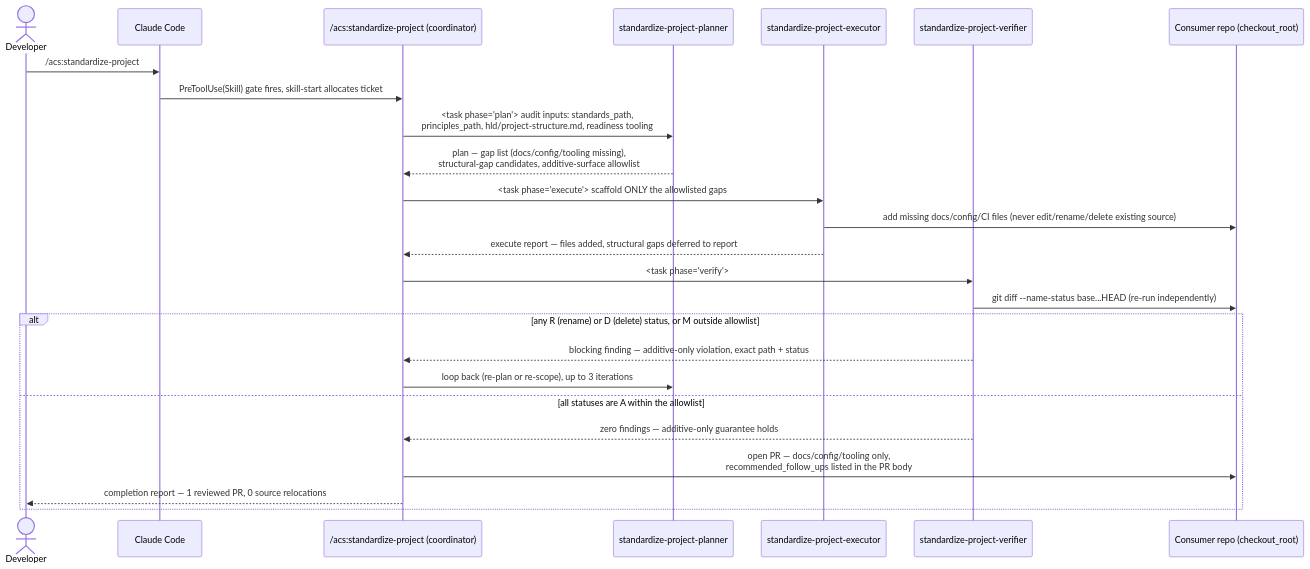
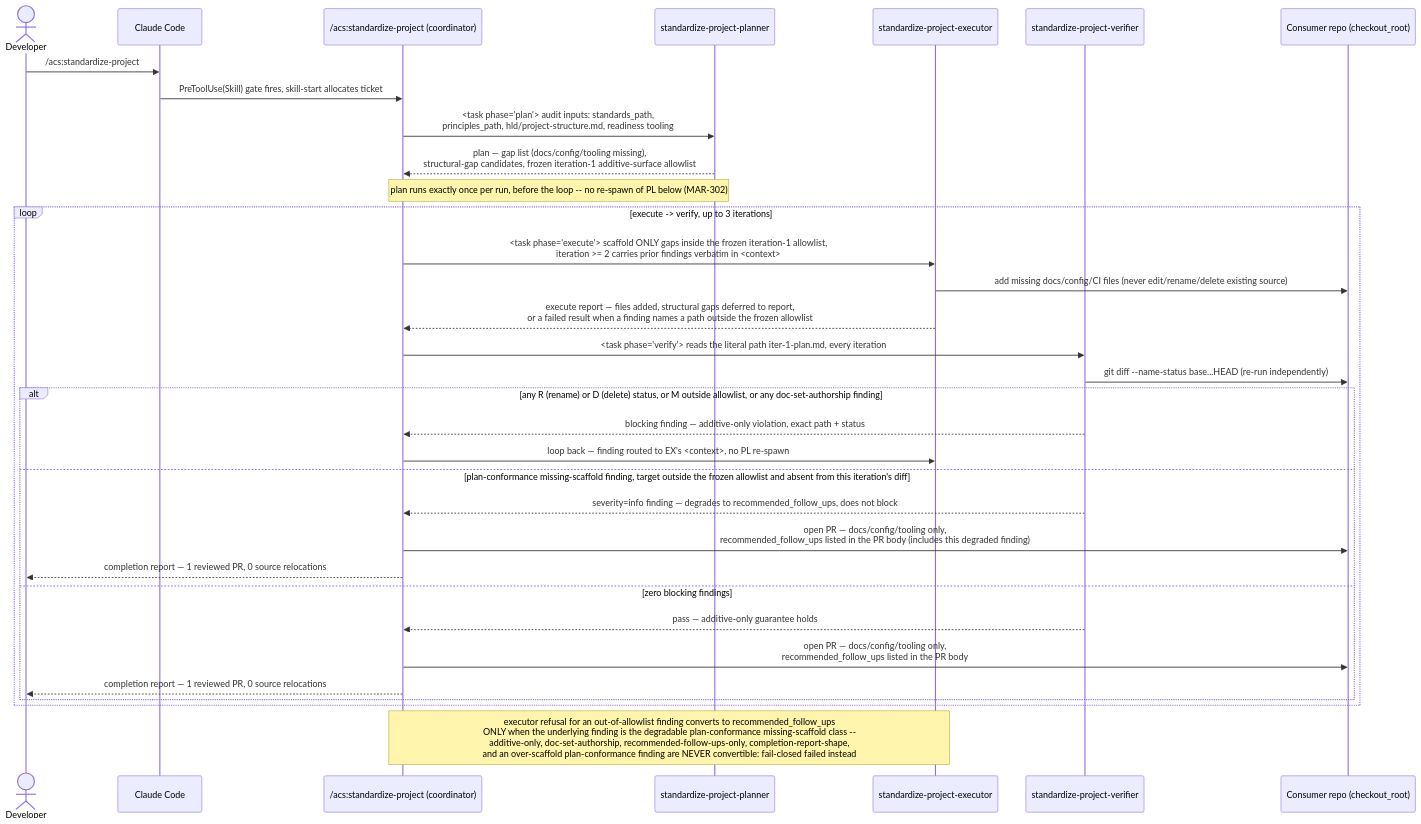
Before and after one commit to globalmindsolution/gms-marketplace: the diagram in docs/architecture/lld/flows/standardize-project.md, drawn with Mermaid. The commit also changed 16 other files, not shown here.

````diff
--- a/docs/architecture/lld/flows/standardize-project.md
+++ b/docs/architecture/lld/flows/standardize-project.md
@@ -7,28 +7,38 @@
 ```mermaid
 sequenceDiagram
     actor Dev as Developer
     participant CC as Claude Code
     participant SP as /acs:standardize-project (coordinator)
     participant PL as standardize-project-planner
     participant EX as standardize-project-executor
     participant VF as standardize-project-verifier
     participant Repo as Consumer repo (checkout_root)
 
     Dev->>CC: /acs:standardize-project
     CC->>SP: PreToolUse(Skill) gate fires, skill-start allocates ticket
     SP->>PL: <task phase="plan"> audit inputs: standards_path,<br/>principles_path, hld/project-structure.md, readiness tooling
-    PL-->>SP: plan — gap list (docs/config/tooling missing),<br/>structural-gap candidates, additive-surface allowlist
-    SP->>EX: <task phase="execute"> scaffold ONLY the allowlisted gaps
-    EX->>Repo: add missing docs/config/CI files (never edit/rename/delete existing source)
-    EX-->>SP: execute report — files added, structural gaps deferred to report
-    SP->>VF: <task phase="verify">
-    VF->>Repo: git diff --name-status base...HEAD (re-run independently)
-    alt any R (rename) or D (delete) status, or M outside allowlist
-        VF-->>SP: blocking finding — additive-only violation, exact path + status
-        SP->>PL: loop back (re-plan or re-scope), up to 3 iterations
-    else all statuses are A within the allowlist
-        VF-->>SP: zero findings — additive-only guarantee holds
-        SP->>Repo: open PR — docs/config/tooling only,<br/>recommended_follow_ups listed in the PR body
-        SP-->>Dev: completion report — 1 reviewed PR, 0 source relocations
+    PL-->>SP: plan — gap list (docs/config/tooling missing),<br/>structural-gap candidates, frozen iteration-1 additive-surface allowlist
+    Note over SP,PL: plan runs exactly once per run, before the loop -- no re-spawn of PL below (MAR-302)
+
+    loop execute -> verify, up to 3 iterations
+        SP->>EX: <task phase="execute"> scaffold ONLY gaps inside the frozen iteration-1 allowlist,<br/>iteration >= 2 carries prior findings verbatim in <context>
+        EX->>Repo: add missing docs/config/CI files (never edit/rename/delete existing source)
+        EX-->>SP: execute report — files added, structural gaps deferred to report,<br/>or a failed result when a finding names a path outside the frozen allowlist
+        SP->>VF: <task phase="verify"> reads the literal path iter-1-plan.md, every iteration
+        VF->>Repo: git diff --name-status base...HEAD (re-run independently)
+        alt any R (rename) or D (delete) status, or M outside allowlist, or any doc-set-authorship finding
+            VF-->>SP: blocking finding — additive-only violation, exact path + status
+            SP->>EX: loop back — finding routed to EX's <context>, no PL re-spawn
+        else plan-conformance missing-scaffold finding, target outside the frozen allowlist and absent from this iteration's diff
+            VF-->>SP: severity=info finding — degrades to recommended_follow_ups, does not block
+            SP->>Repo: open PR — docs/config/tooling only,<br/>recommended_follow_ups listed in the PR body (includes this degraded finding)
+            SP-->>Dev: completion report — 1 reviewed PR, 0 source relocations
+        else zero blocking findings
+            VF-->>SP: pass — additive-only guarantee holds
+            SP->>Repo: open PR — docs/config/tooling only,<br/>recommended_follow_ups listed in the PR body
+            SP-->>Dev: completion report — 1 reviewed PR, 0 source relocations
+        end
     end
+
+    Note over SP,EX: executor refusal for an out-of-allowlist finding converts to recommended_follow_ups<br/>ONLY when the underlying finding is the degradable plan-conformance missing-scaffold class --<br/>additive-only, doc-set-authorship, recommended-follow-ups-only, completion-report-shape,<br/>and an over-scaffold plan-conformance finding are NEVER convertible: fail-closed failed instead
 ```
````
